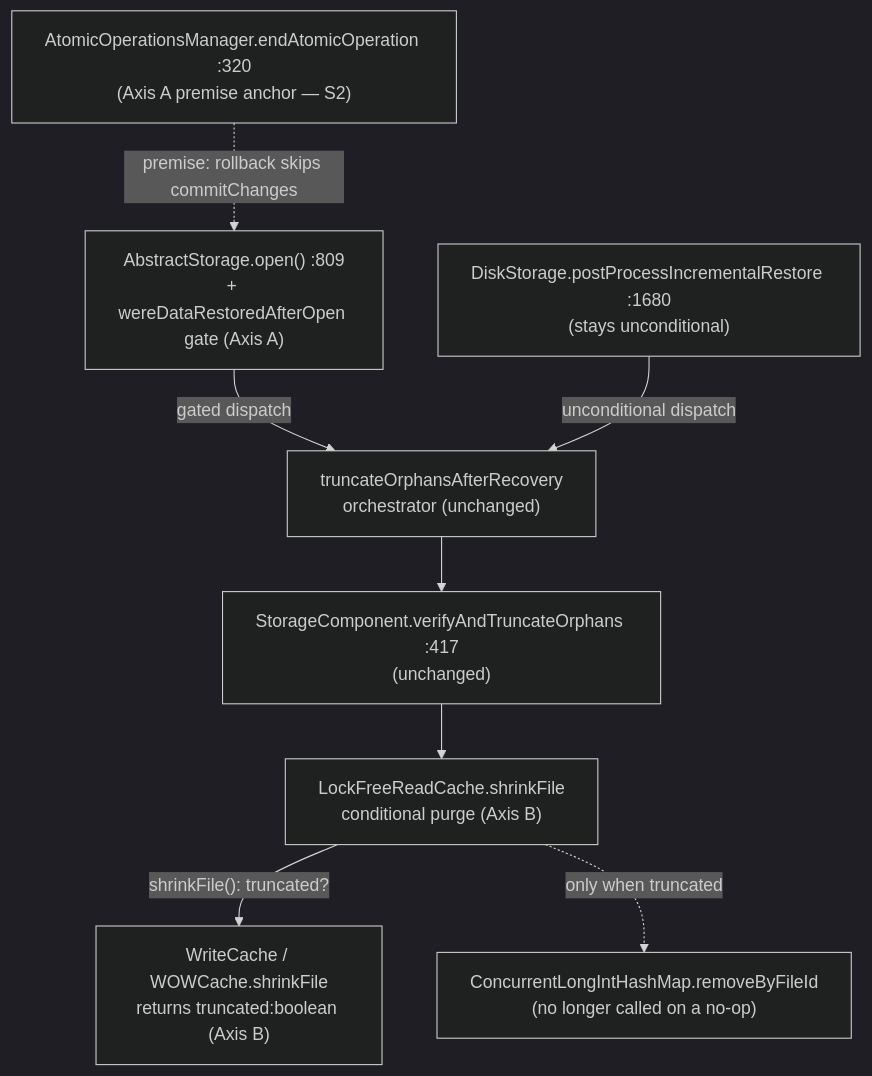
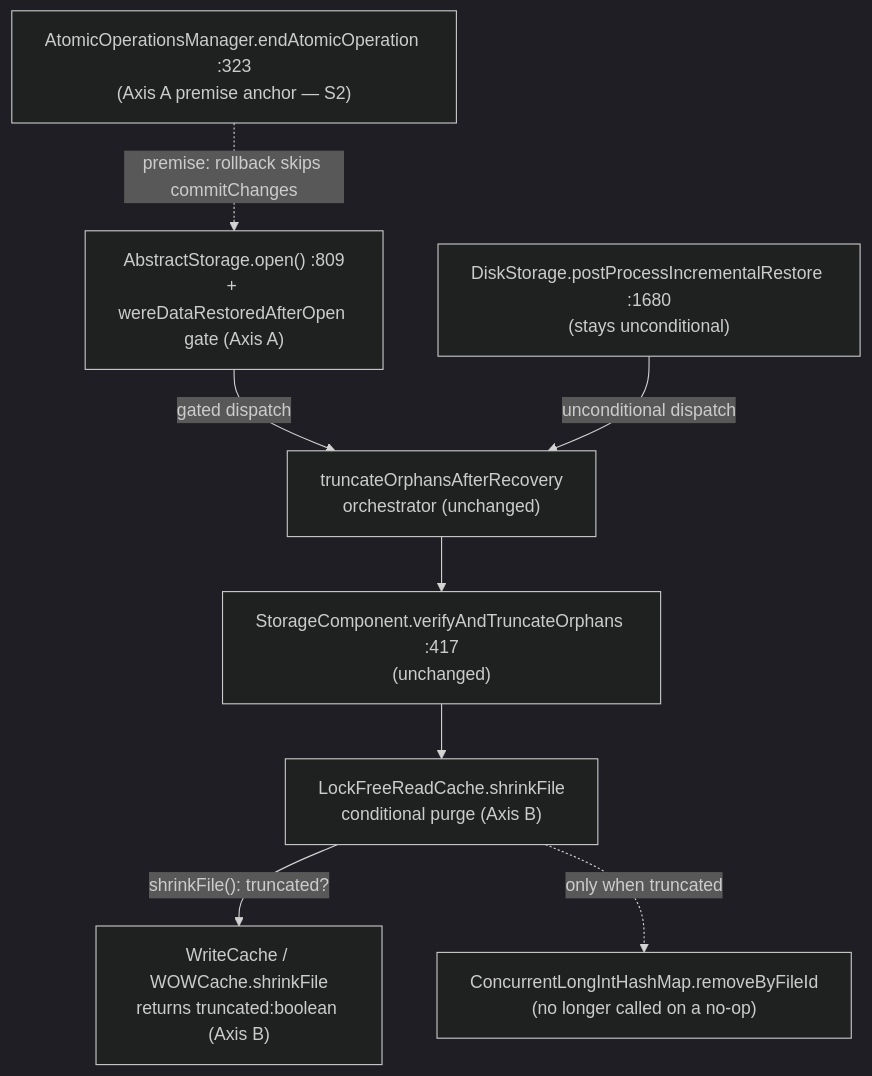
Before and after one commit to JetBrains/youtrackdb: the diagram in docs/adr/ytdb-1039-open-sepedup/_workflow/implementation-plan.md, drawn with Mermaid (dark theme). The commit also changed other lines of this file and 3 other files, not shown here.

````diff
--- a/docs/adr/ytdb-1039-open-sepedup/_workflow/implementation-plan.md
+++ b/docs/adr/ytdb-1039-open-sepedup/_workflow/implementation-plan.md
@@ -57,19 +57,19 @@
 ```mermaid
 flowchart TD
     OPEN["AbstractStorage.open() :809\n+ wereDataRestoredAfterOpen gate (Axis A)"]
     PPIR["DiskStorage.postProcessIncrementalRestore :1680\n(stays unconditional)"]
     PASS["truncateOrphansAfterRecovery\norchestrator (unchanged)"]
     VTO["StorageComponent.verifyAndTruncateOrphans :417\n(unchanged)"]
     LFRC["LockFreeReadCache.shrinkFile\nconditional purge (Axis B)"]
     WOW["WriteCache / WOWCache.shrinkFile\nreturns truncated:boolean (Axis B)"]
     CLIHM["ConcurrentLongIntHashMap.removeByFileId\n(no longer called on a no-op)"]
-    EAO["AtomicOperationsManager.endAtomicOperation :320\n(Axis A premise anchor — S2)"]
+    EAO["AtomicOperationsManager.endAtomicOperation :323\n(Axis A premise anchor — S2)"]
 
     OPEN -->|gated dispatch| PASS
     PPIR -->|unconditional dispatch| PASS
     PASS --> VTO
     VTO --> LFRC
     LFRC -->|"shrinkFile(): truncated?"| WOW
     LFRC -.->|only when truncated| CLIHM
     EAO -.->|"premise: rollback skips commitChanges"| OPEN
 ```
````
